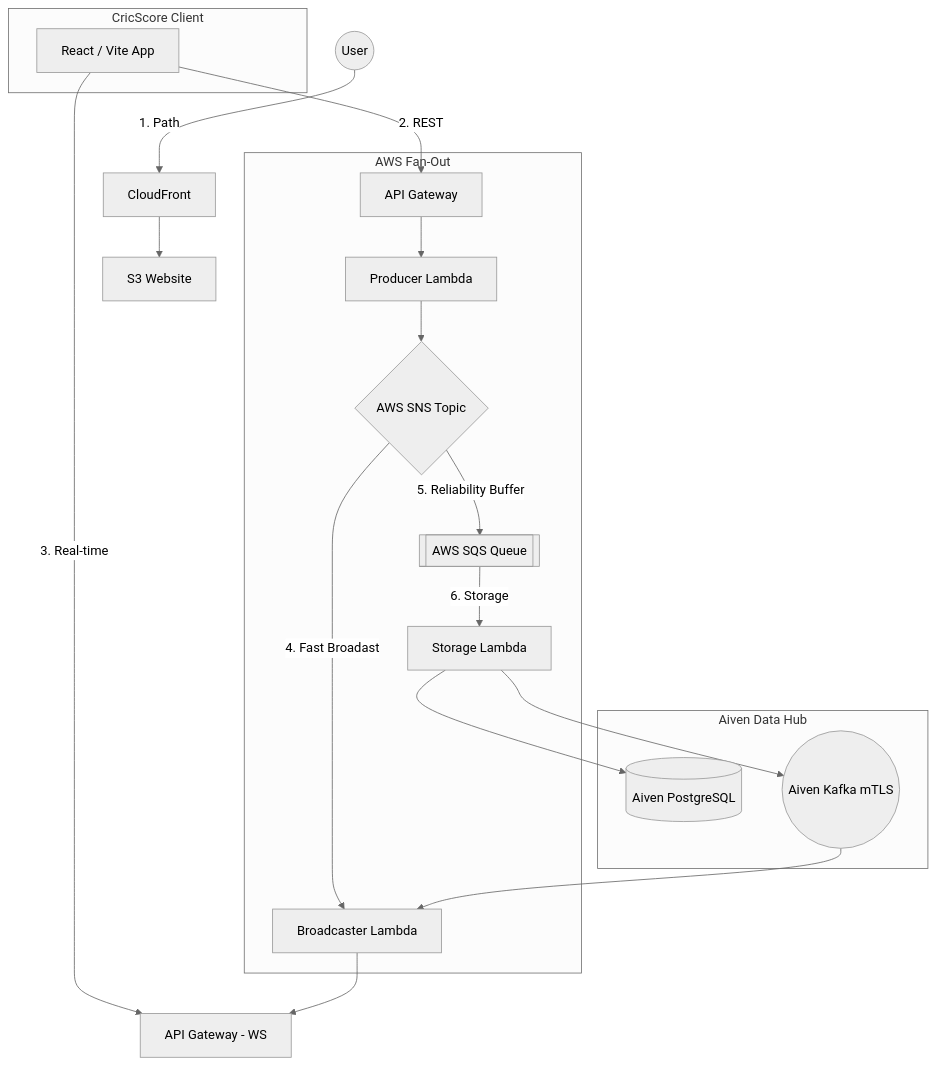
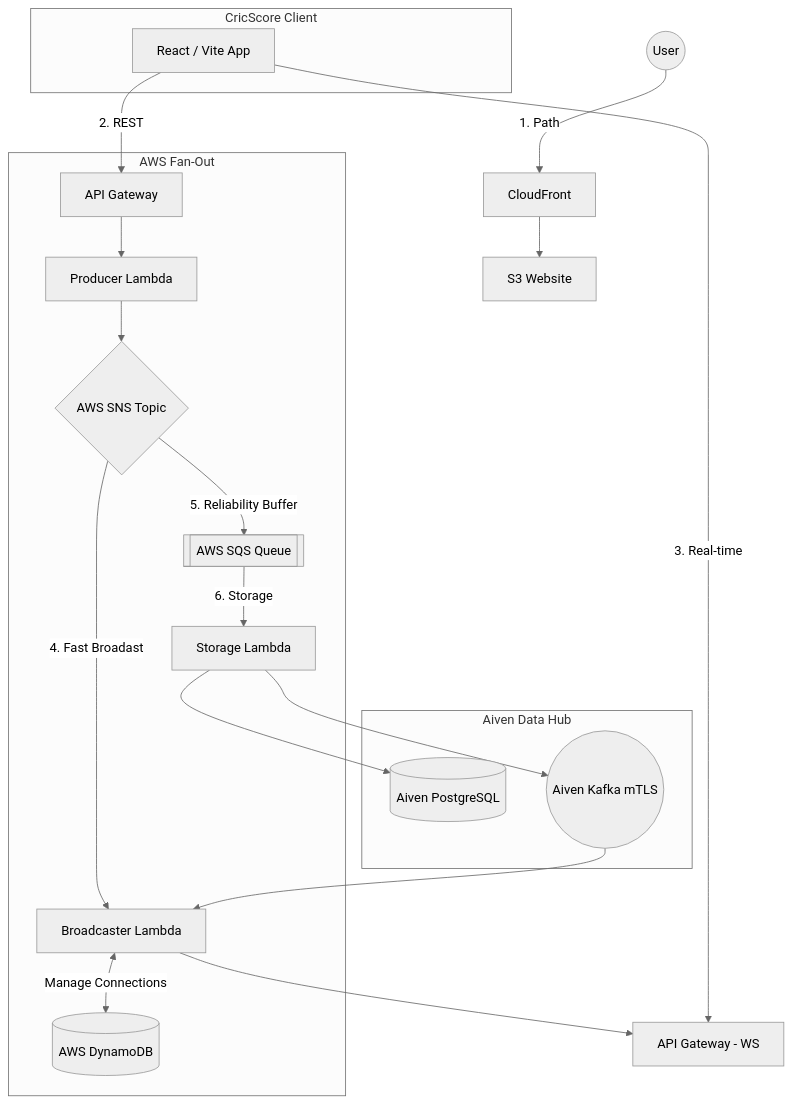
One commit to venkatesh-singamsetty/cric-score changed the first of 3 diagrams in docs/architecture.md. Above: the diagram before and after it, drawn with Mermaid (neutral theme).

Commit message:
docs: explicitly map backend DynamoDB connection registry to architecture diagram

````diff
--- a/docs/architecture.md
+++ b/docs/architecture.md
@@ -7,29 +7,31 @@
 ```mermaid
 graph TD
     User((User)) -->|1. Path| CF[CloudFront]
     CF -->S3[S3 Website]
     
     subgraph UI_Layer [CricScore Client]
         React[React / Vite App]
     end
     
     React -->|2. REST| APIGW_REST[API Gateway]
     React -->|3. Real-time| APIGW_WS[API Gateway - WS]
     
     subgraph Cloud_Orchestration [AWS Fan-Out]
         APIGW_REST --> Producer[Producer Lambda]
         Producer --> SNS{AWS SNS Topic}
         
         SNS -->|4. Fast Broadast| Broadcaster[Broadcaster Lambda]
+        Broadcaster <-->|Manage Connections| DDB[(AWS DynamoDB)]
+        
         SNS -->|5. Reliability Buffer| SQS[[AWS SQS Queue]]
         SQS -->|6. Storage| Consumer[Storage Lambda]
     end
     
     subgraph Managed_Data [Aiven Data Hub]
         Consumer --> PG[(Aiven PostgreSQL)]
         Consumer --> Kafka((Aiven Kafka mTLS))
     end
     
     Kafka --> Broadcaster
     Broadcaster --> APIGW_WS
 ```
````
